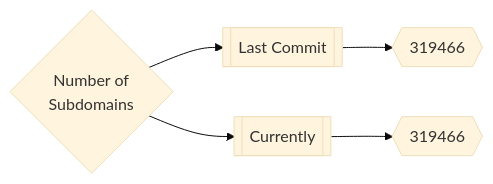
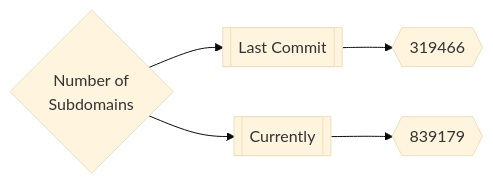
One commit to trickest/inventory changed the first of 3 diagrams in README.md. Above: the diagram before and after it, drawn with Mermaid (base theme). The commit also changed other lines of this file, not shown here.

````diff
--- a/README.md
+++ b/README.md
@@ -165,5 +165,5 @@
 ```mermaid
 graph LR
 title{Number of<br>Subdomains} --> subdomainsDate1[[Last Commit]] --> subdomainsNum1{{319466}}
-title --> subdomainsDate2[[Currently]] --> subdomainsNum2{{319466}}
+title --> subdomainsDate2[[Currently]] --> subdomainsNum2{{839179}}
 ```
````
